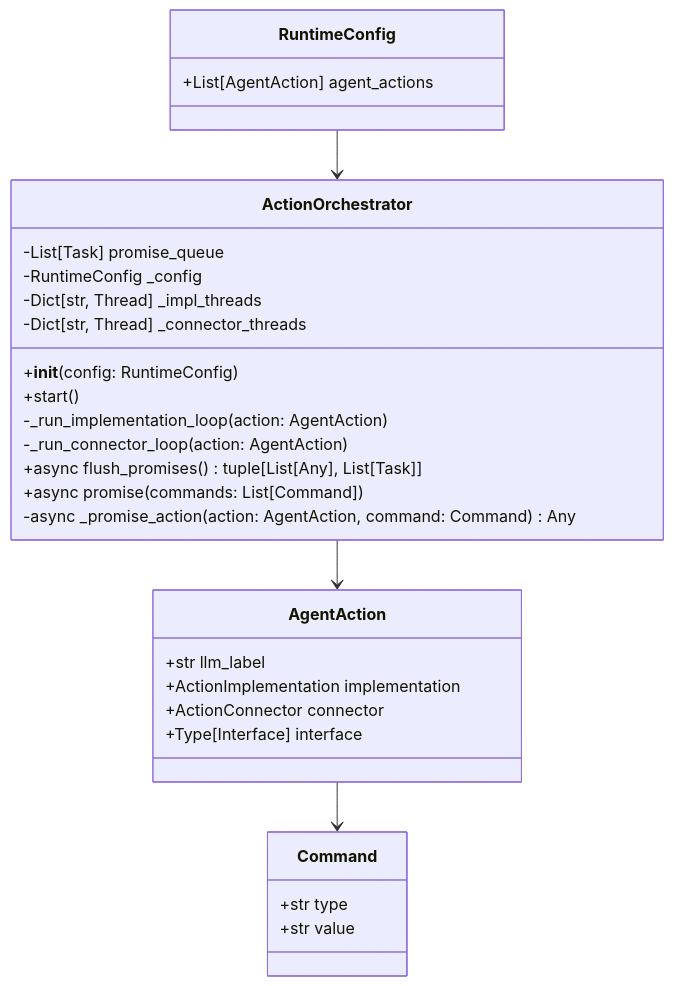
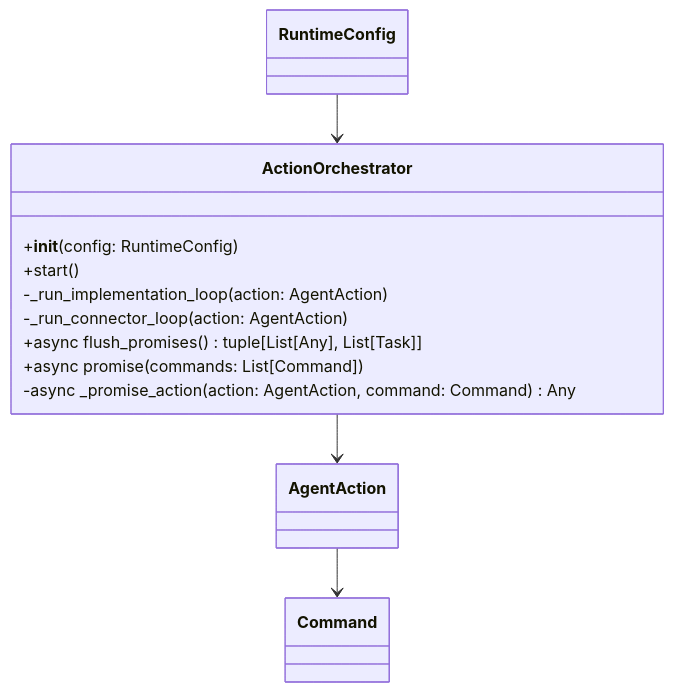
Before and after one commit to gizdusum/OM1: the third of 3 diagrams in docs/action-plugin/action-plugin-overview.mdx, drawn with Mermaid. The commit also changed other lines of this file and 8 other files, not shown here.

Commit message:
remove types and attributes but keep methods for class diagram

````diff
--- a/docs/action-plugin/action-plugin-overview.mdx
+++ b/docs/action-plugin/action-plugin-overview.mdx
@@ -103,36 +96,25 @@
 ```mermaid
 classDiagram
     class ActionOrchestrator {
-        -List[Task] promise_queue
-        -RuntimeConfig _config
-        -Dict[str, Thread] _impl_threads
-        -Dict[str, Thread] _connector_threads
         +__init__(config: RuntimeConfig)
         +start()
         -_run_implementation_loop(action: AgentAction)
         -_run_connector_loop(action: AgentAction)
         +async flush_promises() tuple[List[Any], List[Task]]
         +async promise(commands: List[Command])
         -async _promise_action(action: AgentAction, command: Command) Any
     }
 
     class RuntimeConfig {
-        +List[AgentAction] agent_actions
     }
 
     class AgentAction {
-        +str llm_label
-        +ActionImplementation implementation
-        +ActionConnector connector
-        +Type[Interface] interface
     }
 
     class Command {
-        +str type
-        +str value
     }
 
     RuntimeConfig --> ActionOrchestrator
     ActionOrchestrator --> AgentAction
     AgentAction --> Command
 ```
````
